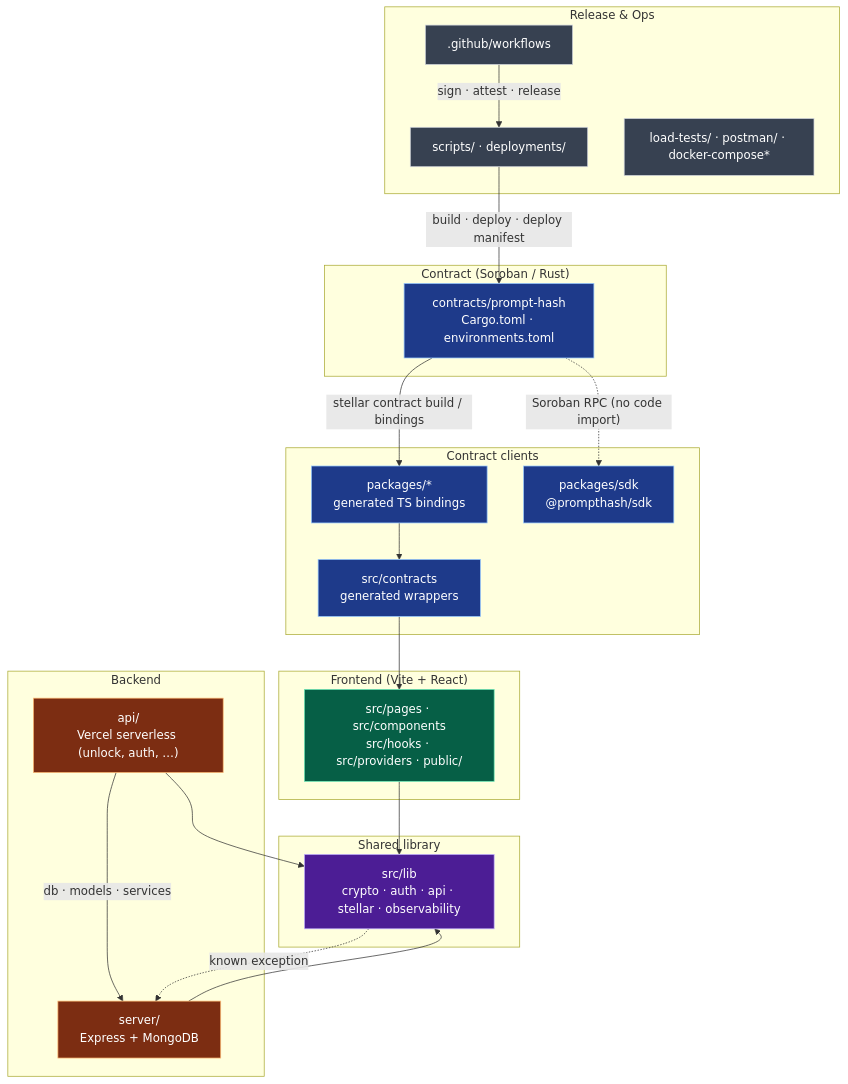
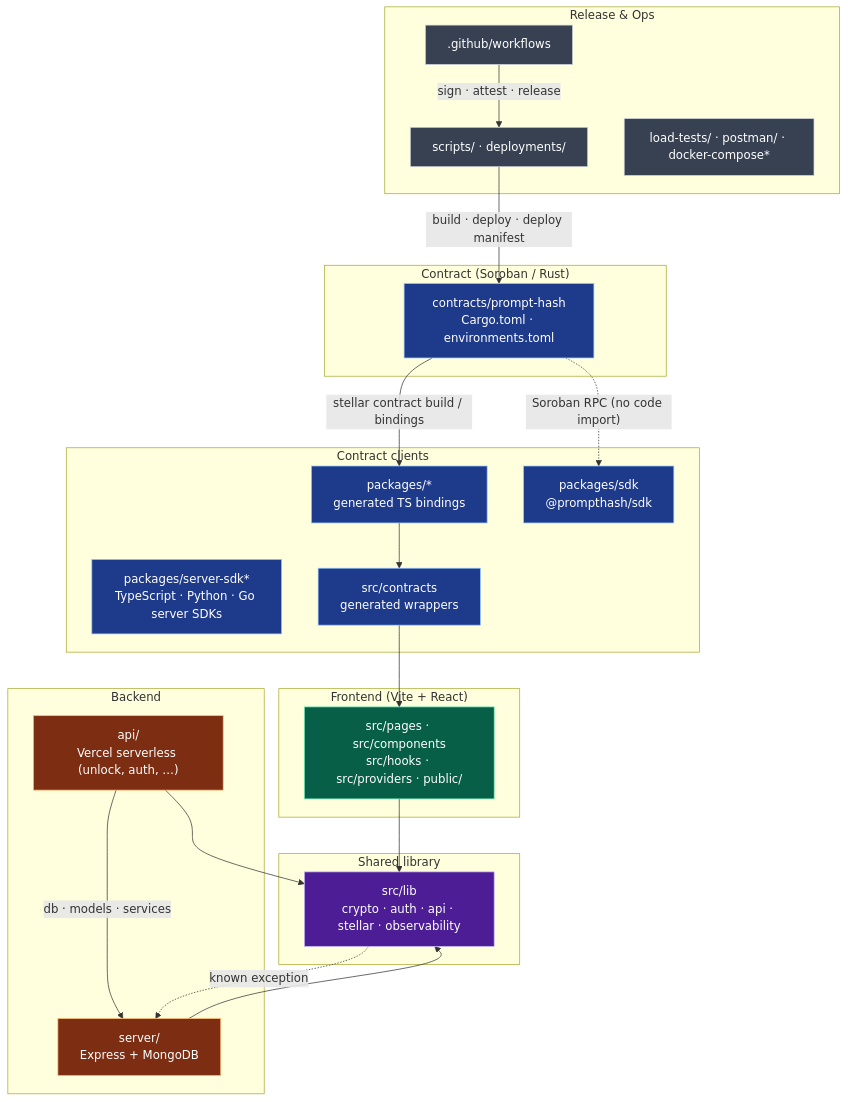
One commit to Obaara293/prompt-mint changed the diagram in docs/monorepo-map.md. Above: the diagram before and after it, drawn with Mermaid. The commit also changed other lines of this file and 37 other files, not shown here.

First line of the commit message:
feat(sdks): add server-side SDK error card plus TS/Python/Go SDKs

````diff
--- a/docs/monorepo-map.md
+++ b/docs/monorepo-map.md
@@ -9,56 +9,57 @@
 ```mermaid
 flowchart TB
   classDef contract fill:#1e3a8a,stroke:#93c5fd,color:#fff
   classDef web fill:#065f46,stroke:#6ee7b7,color:#fff
   classDef backend fill:#7c2d12,stroke:#fdba74,color:#fff
   classDef shared fill:#4c1d95,stroke:#c4b5fd,color:#fff
   classDef ops fill:#374151,stroke:#d1d5db,color:#fff
 
   subgraph CONTRACT["Contract (Soroban / Rust)"]
     contracts["contracts/prompt-hash<br/>Cargo.toml · environments.toml"]
   end
 
   subgraph BINDINGS["Contract clients"]
     packages["packages/*<br/>generated TS bindings"]
     sdk["packages/sdk<br/>@prompthash/sdk"]
+    serversdk["packages/server-sdk*<br/>TypeScript · Python · Go server SDKs"]
     srccontracts["src/contracts<br/>generated wrappers"]
   end
 
   subgraph FRONTEND["Frontend (Vite + React)"]
     ui["src/pages · src/components<br/>src/hooks · src/providers · public/"]
   end
 
   subgraph SHARED["Shared library"]
     lib["src/lib<br/>crypto · auth · api · stellar · observability"]
   end
 
   subgraph BACKEND["Backend"]
     api["api/<br/>Vercel serverless (unlock, auth, …)"]
     server["server/<br/>Express + MongoDB"]
   end
 
   subgraph OPS["Release & Ops"]
     gh[".github/workflows"]
     scripts["scripts/ · deployments/"]
     infra["load-tests/ · postman/ · docker-compose*"]
   end
 
   contracts -- "stellar contract build / bindings" --> packages
   packages --> srccontracts
   contracts -. "Soroban RPC (no code import)" .-> sdk
   srccontracts --> ui
   ui --> lib
   api --> lib
   server --> lib
   api -- "db · models · services" --> server
   lib -. "known exception" .-> server
   scripts -- "build · deploy · deploy manifest" --> contracts
   gh -- "sign · attest · release" --> scripts
 
   class contracts contract
-  class packages,sdk,srccontracts contract
+  class packages,sdk,serversdk,srccontracts contract
   class ui web
   class lib shared
   class api,server backend
   class gh,scripts,infra ops
 ```
````
